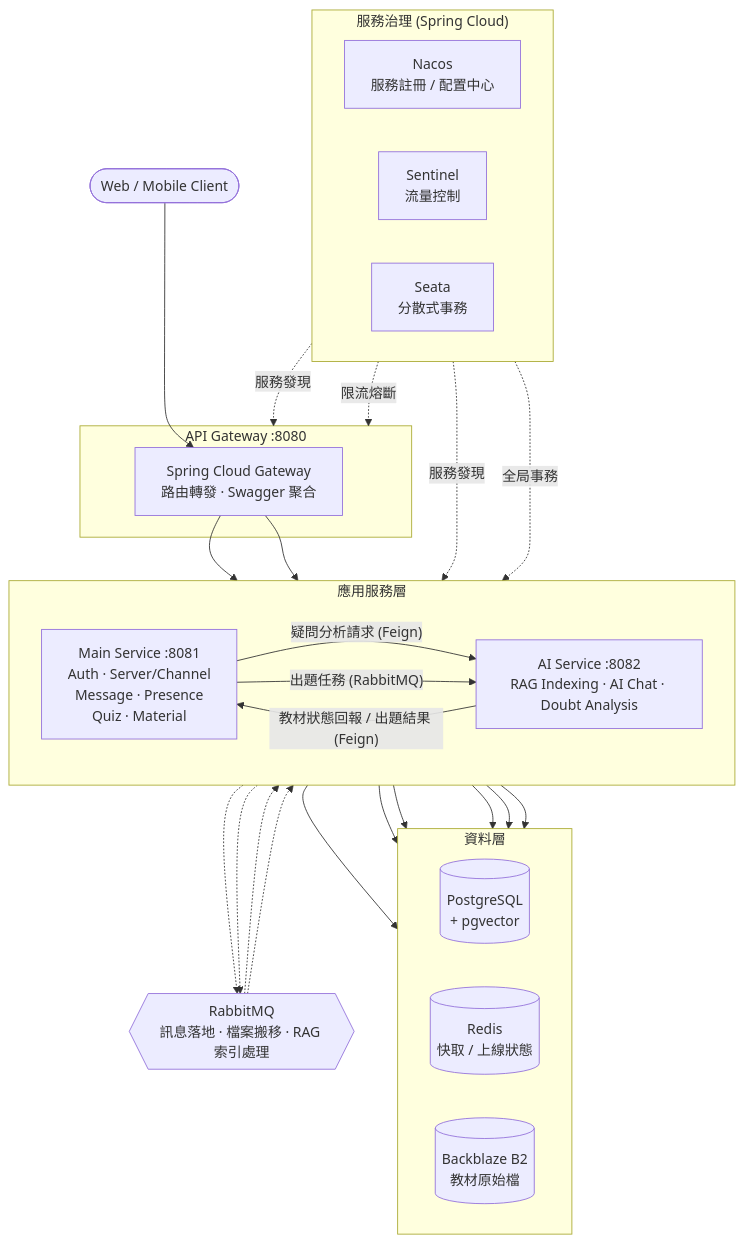
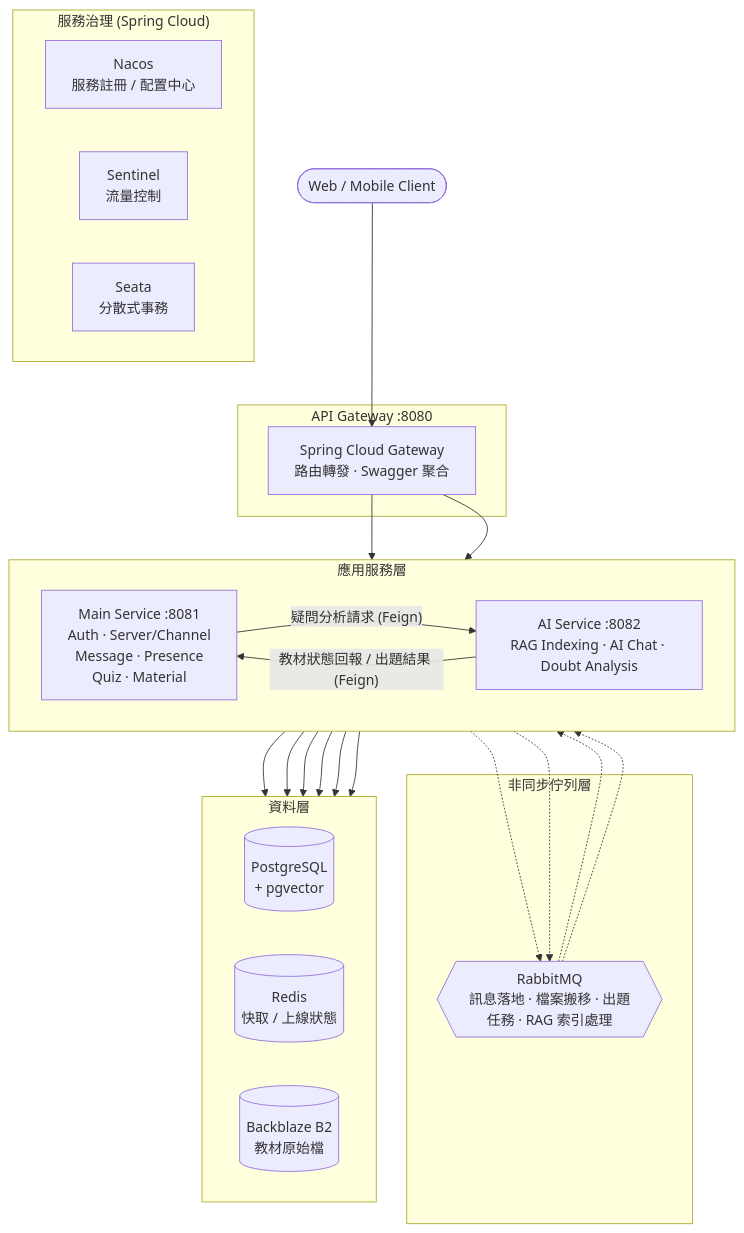
One commit to hysyoi/classcord-backend changed the first of 2 diagrams in README.md. Above: the diagram before and after it, drawn with Mermaid.

````diff
--- a/README.md
+++ b/README.md
@@ -57,53 +57,47 @@
 ```mermaid
 flowchart TB
     Client(["Web / Mobile Client"])
 
     subgraph GW["API Gateway :8080"]
         Gateway["Spring Cloud Gateway<br/>路由轉發 · Swagger 聚合"]
     end
 
     subgraph APP["應用服務層"]
         direction LR
         Main["Main Service :8081<br/>Auth · Server/Channel<br/>Message · Presence<br/>Quiz · Material"]
         AI["AI Service :8082<br/>RAG Indexing · AI Chat · Doubt Analysis"]
     end
 
-    MQ{{"RabbitMQ<br/>訊息落地 · 檔案搬移 · RAG 索引處理"}}
+    subgraph MQL["非同步佇列層"]
+        MQ{{"RabbitMQ<br/>訊息落地 · 檔案搬移 · 出題任務 · RAG 索引處理"}}
+    end
 
     subgraph GOV["服務治理 (Spring Cloud)"]
         direction LR
         Nacos["Nacos<br/>服務註冊 / 配置中心"]
         Sentinel["Sentinel<br/>流量控制"]
         Seata["Seata<br/>分散式事務"]
     end
 
     subgraph DATA["資料層"]
         direction LR
         PG[("PostgreSQL<br/>+ pgvector")]
         Redis[("Redis<br/>快取 / 上線狀態")]
         B2[("Backblaze B2<br/>教材原始檔")]
     end
 
     Client --> Gateway
     Gateway --> Main
     Gateway --> AI
 
     Main -- "疑問分析請求 (Feign)" --> AI
-    Main -- "出題任務 (RabbitMQ)" --> AI
     AI -- "教材狀態回報 / 出題結果 (Feign)" --> Main
 
-    Main -.-> MQ -.-> Main
-    AI -.-> MQ -.-> AI
+    Main -.-> MQ
+    MQ -.-> Main
+    AI -.-> MQ
+    MQ -.-> AI
 
-    Main --> PG
-    Main --> Redis
-    Main --> B2
-    AI --> PG
-    AI --> Redis
-    AI --> B2
-
-    Nacos -.->|服務發現| GW
-    Nacos -.->|服務發現| APP
-    Sentinel -.->|限流熔斷| GW
-    Seata -.->|全局事務| APP
+    Main --> PG & Redis & B2
+    AI --> PG & Redis & B2
 ```
````
